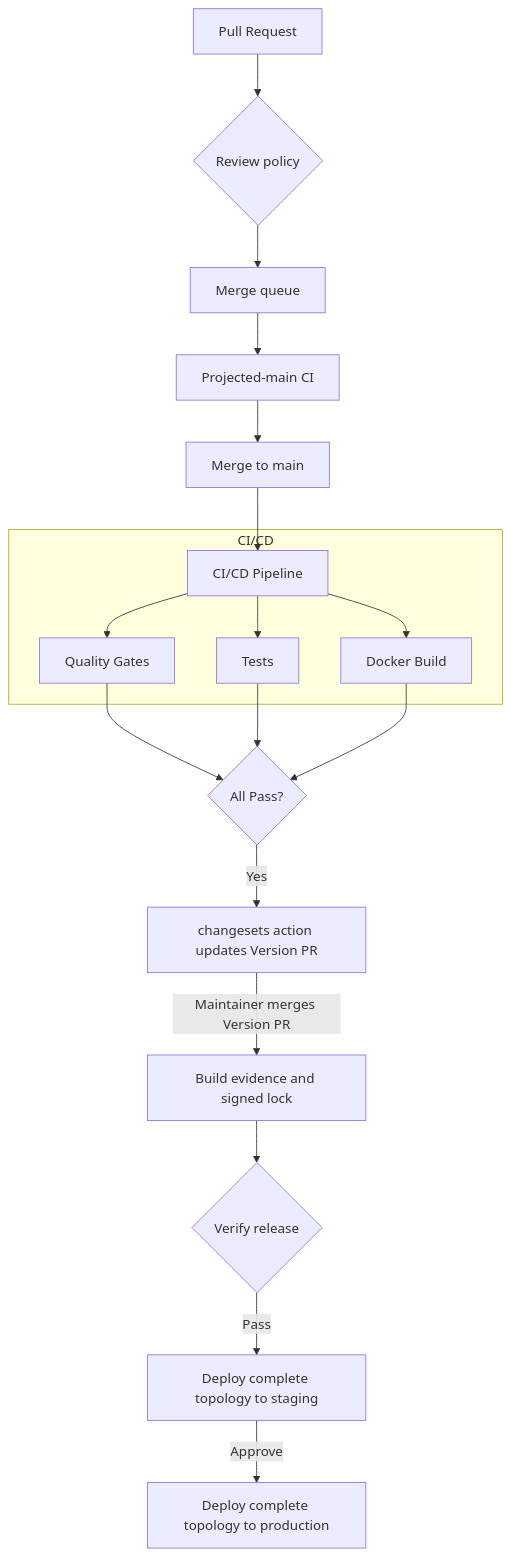
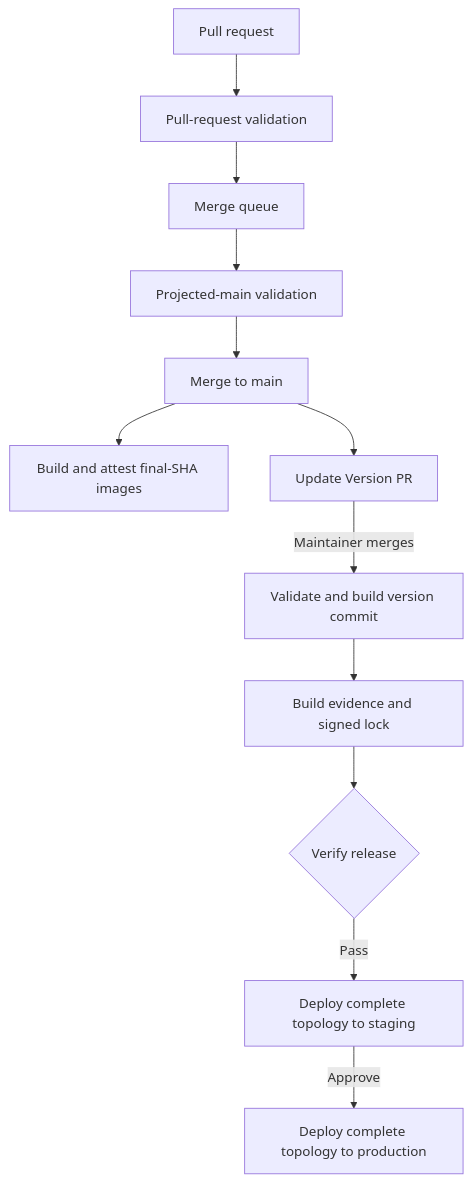
The diagram in docs/contributor/ci-cd.mdx (ls1intum/Hephaestus), drawn with Mermaid before and after one commit. The commit also changed other lines of this file and 4 other files, not shown here.

Commit message:
ci(ci): avoid redundant post-merge validation

````diff
--- a/docs/contributor/ci-cd.mdx
+++ b/docs/contributor/ci-cd.mdx
@@ -14,26 +16,16 @@
 ```mermaid
 flowchart TD
     accTitle: Pull request delivery pipeline
-    accDescr: A pull request satisfies review policy, passes projected-main CI in the merge queue, and becomes a signed release that deploys to staging before production approval.
-    PR[Pull Request] --> Policy{Review policy}
-    Policy --> Queue[Merge queue]
-    Queue --> MG[Projected-main CI]
-    MG --> Merge[Merge to main]
-    Merge --> CI[CI/CD Pipeline]
-
-    subgraph CI/CD
-    CI --> Q[Quality Gates]
-    CI --> T[Tests]
-    CI --> D[Docker Build]
-    end
-
-    Q --> Pass{All Pass?}
-    T --> Pass
-    D --> Pass
-
-    Pass -->|Yes| VP[changesets action updates Version PR]
-    VP -->|Maintainer merges Version PR| Release[Build evidence and signed lock]
+    accDescr: Pull-request and merge-group validation protect main; final-SHA images become signed releases that deploy to staging before production approval.
+    PR[Pull request] --> PRCI[Pull-request validation]
+    PRCI --> Queue[Merge queue]
+    Queue --> MG[Projected-main validation]
+    MG --> Main[Merge to main]
+    Main --> Images[Build and attest final-SHA images]
+    Main --> VP[Update Version PR]
+    VP -->|Maintainer merges| ReleaseCI[Validate and build version commit]
+    ReleaseCI --> Release[Build evidence and signed lock]
     Release --> Verify{Verify release}
     Verify -->|Pass| Staging[Deploy complete topology to staging]
     Staging -->|Approve| Prod[Deploy complete topology to production]
 ```
````
